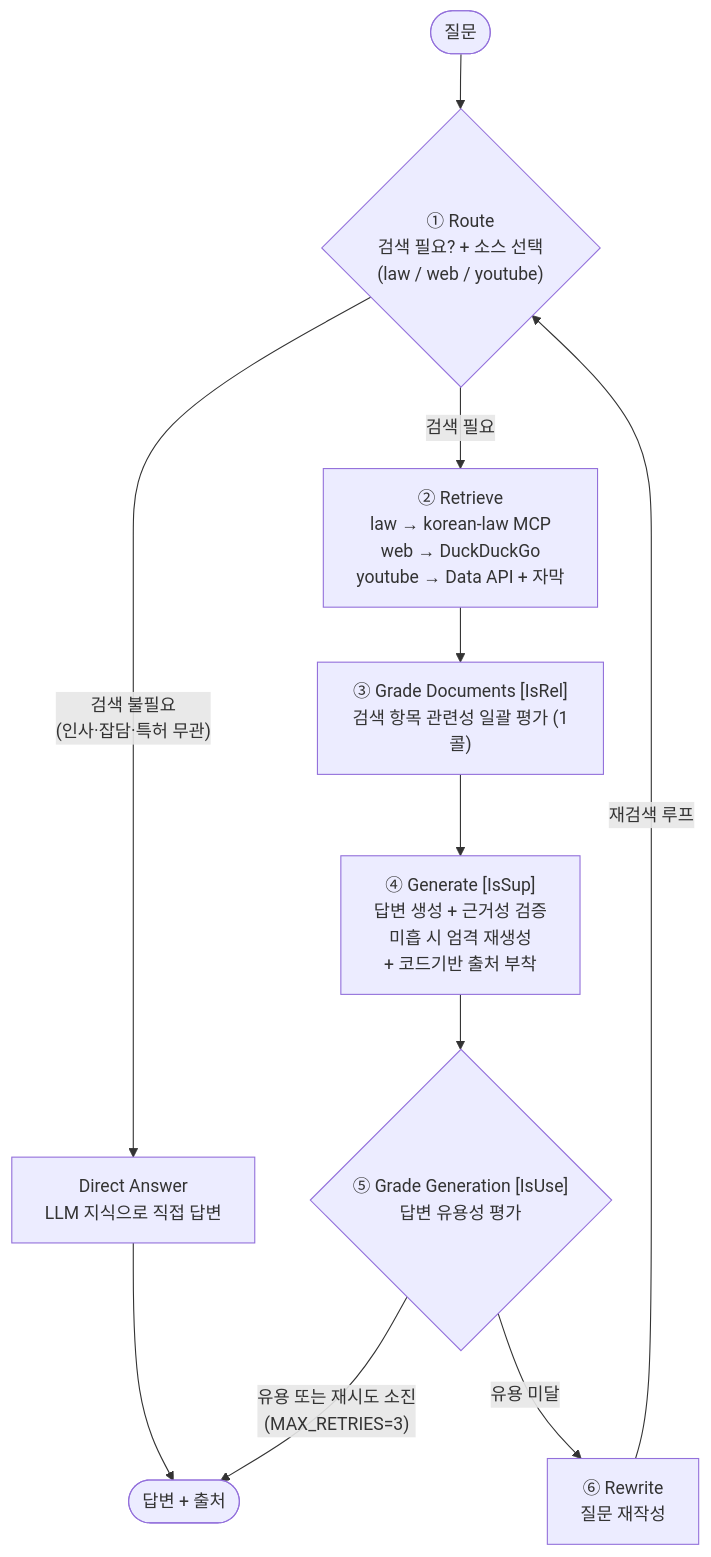
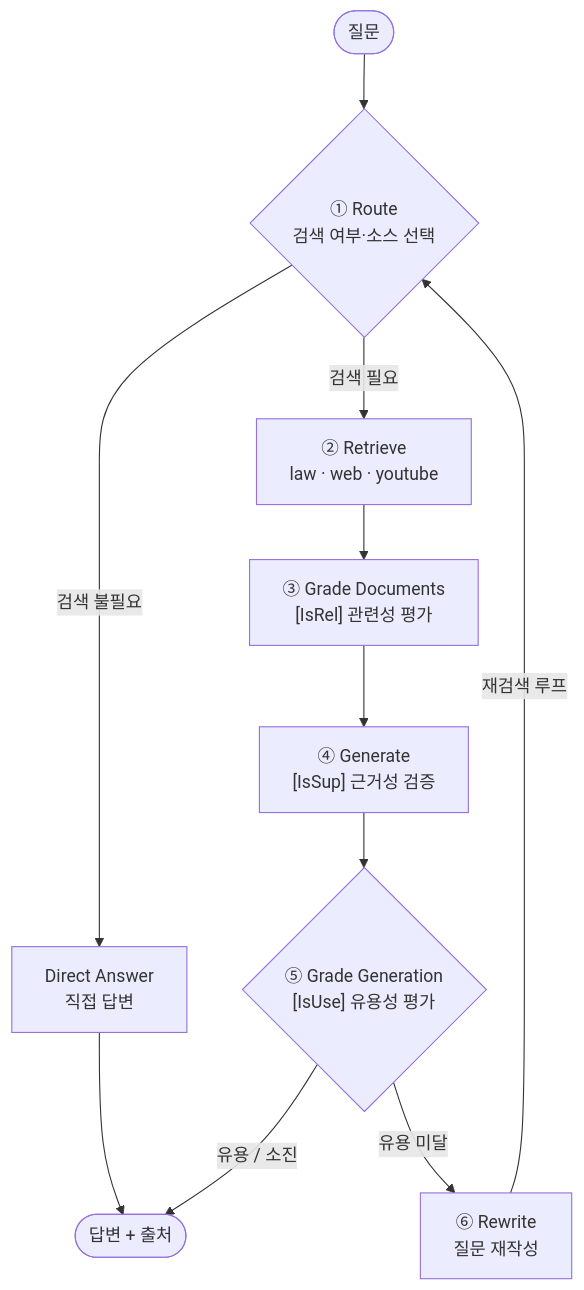
The first of 2 diagrams in hands-on/16.mas/patent-mas/mas-b/README.md (cna-bootcamp/aistudy), drawn with Mermaid before and after one commit. The commit also changed other lines of this file and 6 other files, not shown here.

````diff
--- a/hands-on/16.mas/patent-mas/mas-b/README.md
+++ b/hands-on/16.mas/patent-mas/mas-b/README.md
@@ -15,13 +19,13 @@
 ```mermaid
 flowchart TD
-    Q(["질문"]) --> RT{"① Route<br/>검색 필요? + 소스 선택<br/>(law / web / youtube)"}
-    RT -->|"검색 불필요<br/>(인사·잡담·특허 무관)"| DA["Direct Answer<br/>LLM 지식으로 직접 답변"]
-    RT -->|"검색 필요"| RE["② Retrieve<br/>law → korean-law MCP<br/>web → DuckDuckGo<br/>youtube → Data API + 자막"]
-    RE --> GD["③ Grade Documents [IsRel]<br/>검색 항목 관련성 일괄 평가 (1콜)"]
-    GD --> GE["④ Generate [IsSup]<br/>답변 생성 + 근거성 검증<br/>미흡 시 엄격 재생성<br/>+ 코드기반 출처 부착"]
-    GE --> GG{"⑤ Grade Generation [IsUse]<br/>답변 유용성 평가"}
-    GG -->|"유용 또는 재시도 소진<br/>(MAX_RETRIES=3)"| ANS(["답변 + 출처"])
+    Q(["질문"]) --> RT{"① Route<br/>검색 여부·소스 선택"}
+    RT -->|"검색 불필요"| DA["Direct Answer<br/>직접 답변"]
+    RT -->|"검색 필요"| RE["② Retrieve<br/>law · web · youtube"]
+    RE --> GD["③ Grade Documents<br/>[IsRel] 관련성 평가"]
+    GD --> GE["④ Generate<br/>[IsSup] 근거성 검증"]
+    GE --> GG{"⑤ Grade Generation<br/>[IsUse] 유용성 평가"}
+    GG -->|"유용 / 소진"| ANS(["답변 + 출처"])
     GG -->|"유용 미달"| RW["⑥ Rewrite<br/>질문 재작성"]
     RW -->|"재검색 루프"| RT
     DA --> ANS
 ```
````
